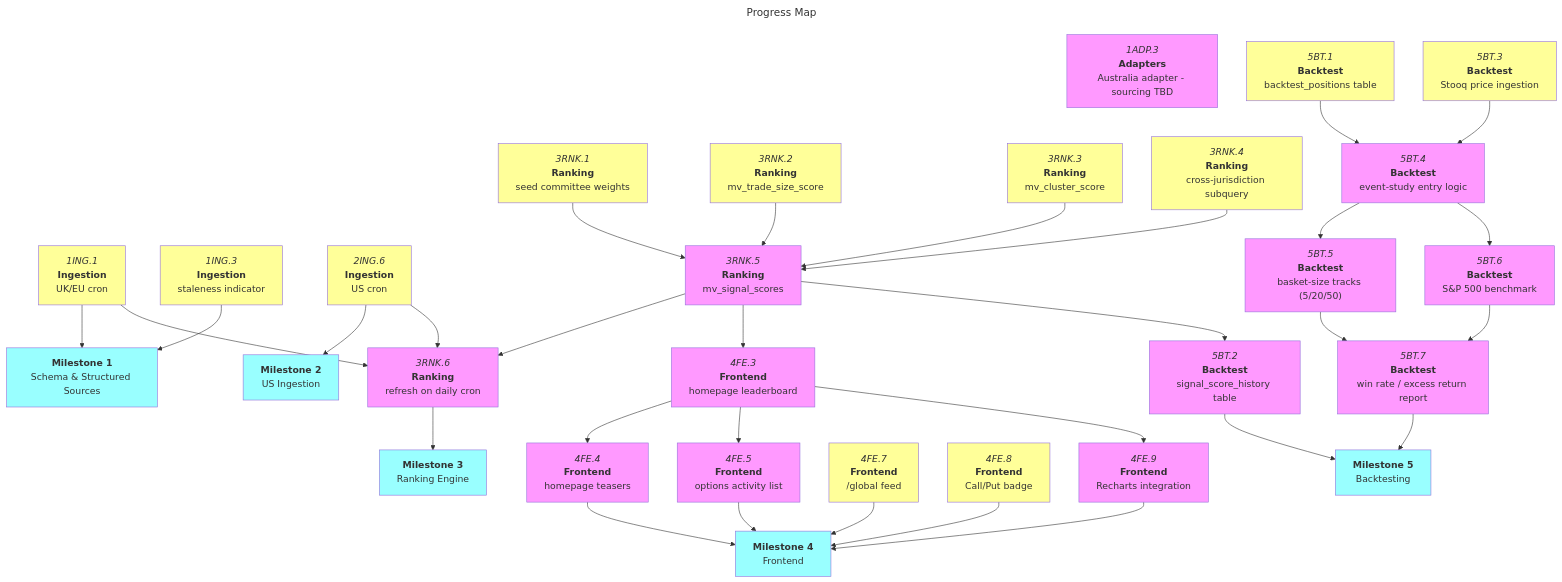
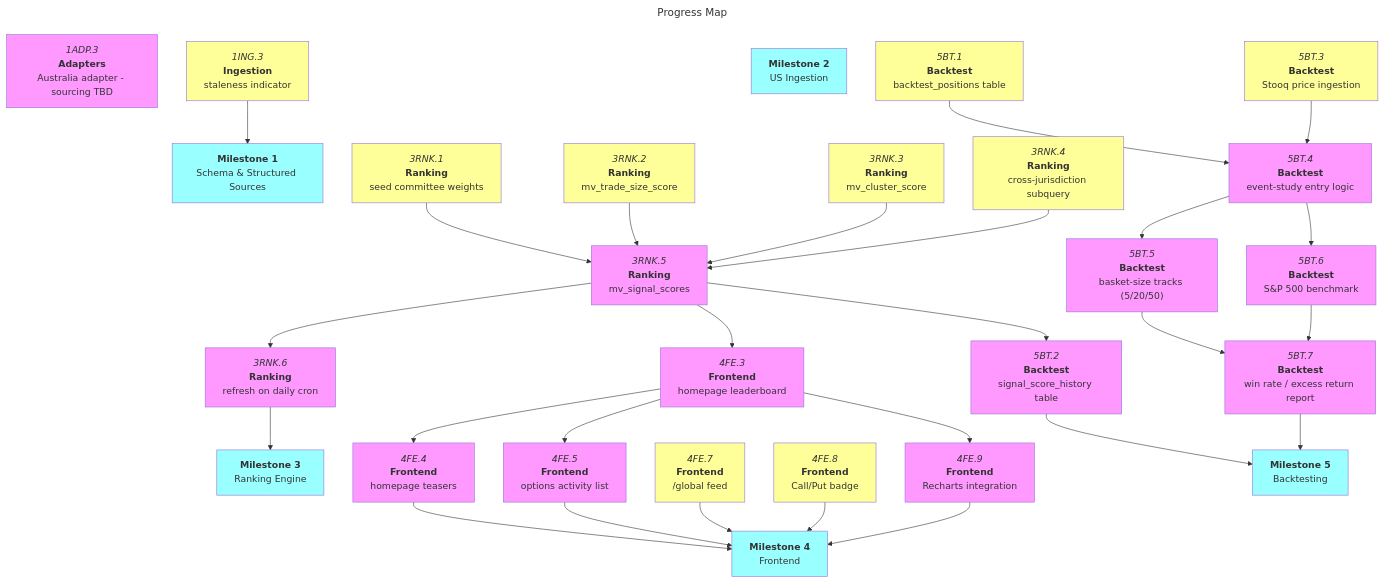
One commit to Oggie112/CrossBench changed the diagram in docs/roadmaps/mvp.md. Above: the diagram before and after it, drawn with Mermaid. The commit also changed other lines of this file, not shown here.

First line of the commit message:
docs(roadmap): mark ingestion Vercel Cron complete

```diff
--- a/docs/roadmaps/mvp.md
+++ b/docs/roadmaps/mvp.md
@@ -183,18 +184,12 @@
 
 1ADP.3["`*1ADP.3*<br/>**Adapters**<br/>Australia adapter - sourcing TBD`"]:::blocked
 
-1ING.1["`*1ING.1*<br/>**Ingestion**<br/>UK/EU cron`"]:::open
-
 1ING.3["`*1ING.3*<br/>**Ingestion**<br/>staleness indicator`"]:::open
 
 m1["`**Milestone 1**<br/>Schema & Structured Sources`"]:::mile
-1ING.1 --> m1
 1ING.3 --> m1
 
-2ING.6["`*2ING.6*<br/>**Ingestion**<br/>US cron`"]:::open
-
 m2["`**Milestone 2**<br/>US Ingestion`"]:::mile
-2ING.6 --> m2
 
 3RNK.1["`*3RNK.1*<br/>**Ranking**<br/>seed committee weights`"]:::open
 
@@ -212,8 +207,6 @@
 
 3RNK.6["`*3RNK.6*<br/>**Ranking**<br/>refresh on daily cron`"]:::blocked
 3RNK.5 --> 3RNK.6
-1ING.1 --> 3RNK.6
-2ING.6 --> 3RNK.6
 
 m3["`**Milestone 3**<br/>Ranking Engine`"]:::mile
 3RNK.6 --> m3
```
